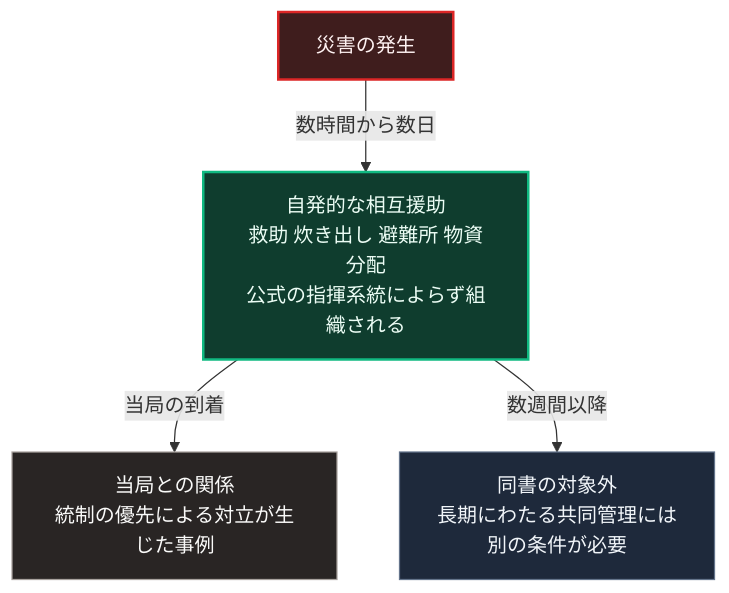
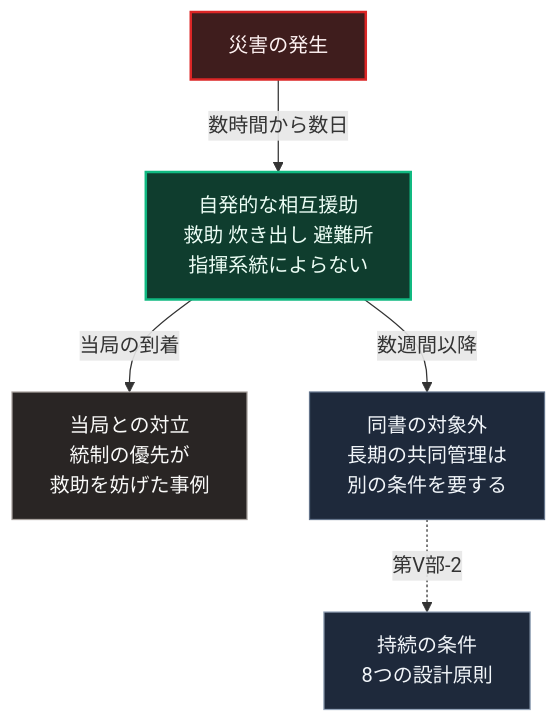
The diagram in books/sovereign-resilience-blueprint/46_solnit-disaster-utopia-mutual-aid.md (Takenori-Kusaka/zenn-content), drawn with Mermaid before and after one commit. The commit also changed other lines of this file and 114 other files, not shown here.

````diff
--- a/books/sovereign-resilience-blueprint/46_solnit-disaster-utopia-mutual-aid.md
+++ b/books/sovereign-resilience-blueprint/46_solnit-disaster-utopia-mutual-aid.md
@@ -47,12 +47,14 @@
 ```mermaid
 flowchart TD
     D[災害の発生]
-    D -->|数時間から数日| A[自発的な相互援助<br>救助 炊き出し 避難所 物資分配<br>公式の指揮系統によらず組織される]
-    A -->|当局の到着| B[当局との関係<br>統制の優先による対立が生じた事例]
-    A -->|数週間以降| C[同書の対象外<br>長期にわたる共同管理には<br>別の条件が必要]
+    D -->|数時間から数日| A[自発的な相互援助<br>救助 炊き出し 避難所<br>指揮系統によらない]
+    A -->|当局の到着| B[当局との対立<br>統制の優先が<br>救助を妨げた事例]
+    A -->|数週間以降| C[同書の対象外<br>長期の共同管理は<br>別の条件を要する]
+    C -.->|第Ⅴ部-2| K[持続の条件<br>8つの設計原則]
 
     style D fill:#3f1d1d,stroke:#dc2626,stroke-width:2px,color:#fef2f2
     style A fill:#0f3d2e,stroke:#10b981,stroke-width:2px,color:#ecfdf5
     style B fill:#292524,stroke:#a8a29e,color:#fafaf9
     style C fill:#1e293b,stroke:#64748b,color:#f1f5f9
+    style K fill:#1e293b,stroke:#94a3b8,color:#f1f5f9
 ```
````
